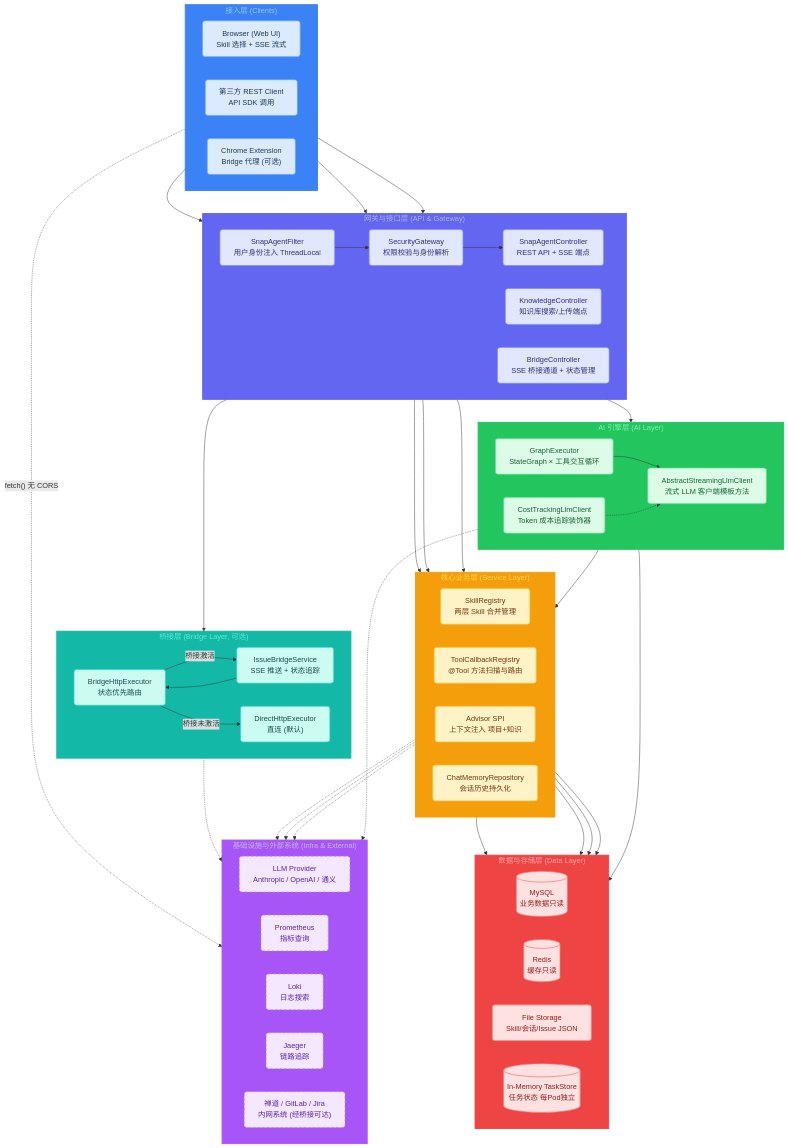
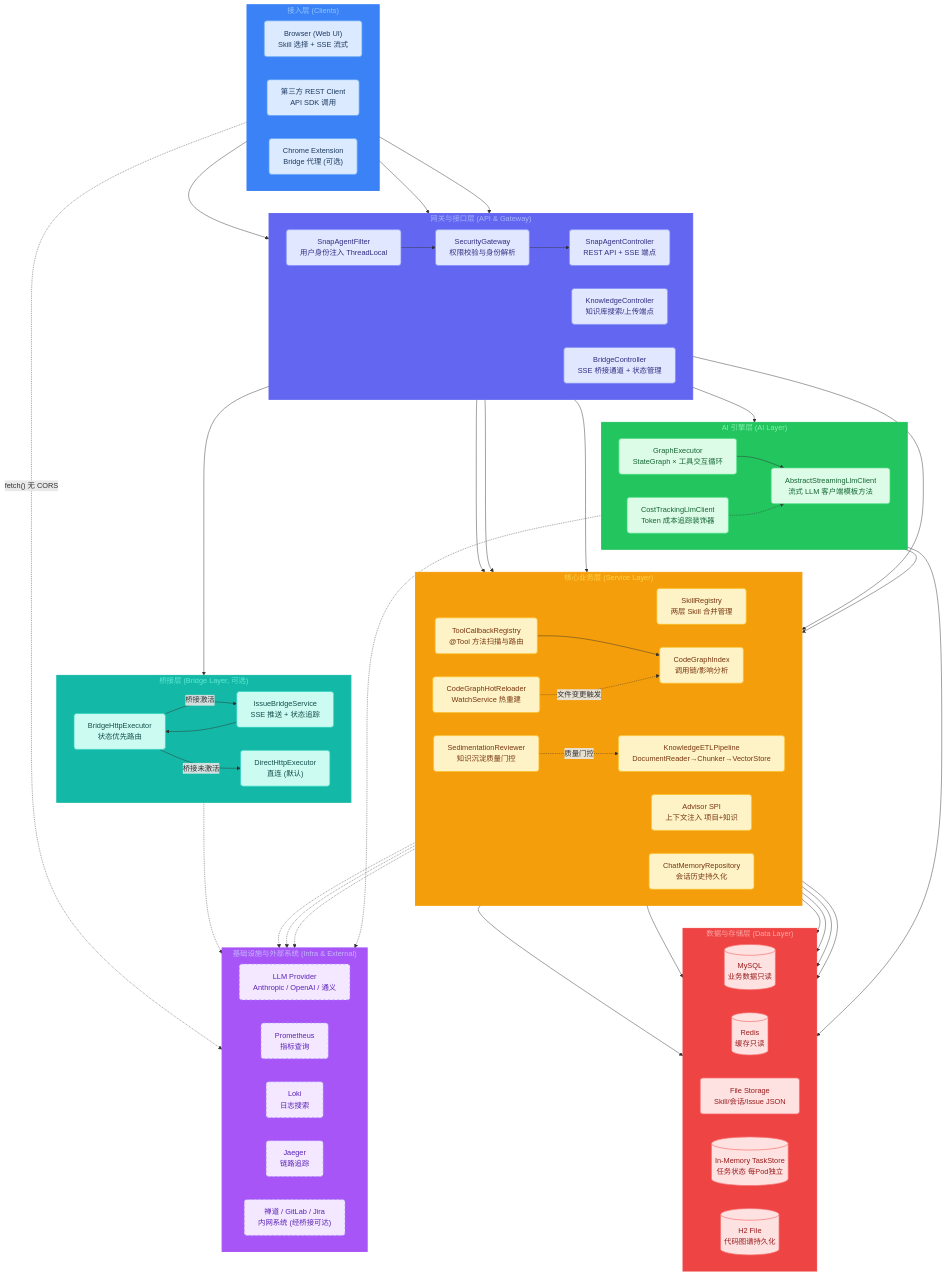
The diagram in docs/site/architecture/system-architecture.mmd (watson-song/snap-agent), drawn with Mermaid before and after one commit. The commit also changed 93 other files, not shown here.

```diff
--- a/docs/site/architecture/system-architecture.mmd
+++ b/docs/site/architecture/system-architecture.mmd
@@ -1,118 +1,129 @@
 graph TD
     %% ===== Glassmorphism Node Classes (Tailwind pastels, semi-transparent) =====
     classDef client fill:#dbeafe,stroke:#60a5fa,stroke-width:1.5px,color:#1e3a5f,rx:6px,ry:6px
     classDef api fill:#e0e7ff,stroke:#818cf8,stroke-width:1.5px,color:#312e81,rx:6px,ry:6px
     classDef service fill:#fef3c7,stroke:#fbbf24,stroke-width:1.5px,color:#78350f,rx:6px,ry:6px
     classDef ai fill:#dcfce7,stroke:#4ade80,stroke-width:1.5px,color:#166534,rx:6px,ry:6px
     classDef storage fill:#fee2e2,stroke:#f87171,stroke-width:1.5px,color:#991b1b,rx:6px,ry:6px
     classDef external fill:#f3e8ff,stroke:#a78bfa,stroke-width:1.5px,stroke-dasharray: 5 5,color:#5b21b6,rx:6px,ry:6px
     classDef bridge fill:#ccfbf1,stroke:#2dd4bf,stroke-width:1.5px,color:#134e4a,rx:6px,ry:6px
 
     %% ===== L1 接入层 =====
     subgraph Client ["接入层 (Clients)"]
         direction LR
         A1["Browser (Web UI)<br/>Skill 选择 + SSE 流式"]
         A2["第三方 REST Client<br/>API SDK 调用"]
         A3["Chrome Extension<br/>Bridge 代理 (可选)"]
     end
 
     %% ===== L2 网关与接口层 =====
     subgraph Gateway ["网关与接口层 (API & Gateway)"]
         direction LR
         B1["SnapAgentFilter<br/>用户身份注入 ThreadLocal"]
         B2["SecurityGateway<br/>权限校验与身份解析"]
         B3["SnapAgentController<br/>REST API + SSE 端点"]
         B4["KnowledgeController<br/>知识库搜索/上传端点"]
         B5["BridgeController<br/>SSE 桥接通道 + 状态管理"]
     end
 
     %% ===== L2.5 桥接层 (可选) =====
     subgraph BridgeLayer ["桥接层 (Bridge Layer, 可选)"]
         direction LR
         BR1["BridgeHttpExecutor<br/>状态优先路由"]
         BR2["DirectHttpExecutor<br/>直连 (默认)"]
         BR3["IssueBridgeService<br/>SSE 推送 + 状态追踪"]
     end
 
     %% ===== L3 核心业务层 =====
     subgraph Service ["核心业务层 (Service Layer)"]
         direction LR
         C1["SkillRegistry<br/>两层 Skill 合并管理"]
         C2["ToolCallbackRegistry<br/>@Tool 方法扫描与路由"]
         C3["Advisor SPI<br/>上下文注入 项目+知识"]
         C4["ChatMemoryRepository<br/>会话历史持久化"]
+        C5["CodeGraphIndex<br/>调用链/影响分析"]
+        C6["CodeGraphHotReloader<br/>WatchService 热重建"]
+        C7["KnowledgeETLPipeline<br/>DocumentReader→Chunker→VectorStore"]
+        C8["SedimentationReviewer<br/>知识沉淀质量门控"]
     end
 
     %% ===== L4 AI 引擎层 =====
     subgraph AI ["AI 引擎层 (AI Layer)"]
         direction LR
         D1["GraphExecutor<br/>StateGraph × 工具交互循环"]
         D2["AbstractStreamingLlmClient<br/>流式 LLM 客户端模板方法"]
         D3["CostTrackingLlmClient<br/>Token 成本追踪装饰器"]
     end
 
     %% ===== L5 数据与存储层 =====
     subgraph Data ["数据与存储层 (Data Layer)"]
         direction LR
         E1[("MySQL<br/>业务数据只读")]
         E2[("Redis<br/>缓存只读")]
         E3["File Storage<br/>Skill/会话/Issue JSON"]
         E4[("In-Memory TaskStore<br/>任务状态 每Pod独立")]
+        E5[("H2 File<br/>代码图谱持久化")]
     end
 
     %% ===== L6 基础设施与外部系统 =====
     subgraph Infra ["基础设施与外部系统 (Infra & External)"]
         direction LR
         F1["LLM Provider<br/>Anthropic / OpenAI / 通义"]
         F2["Prometheus<br/>指标查询"]
         F3["Loki<br/>日志搜索"]
         F4["Jaeger<br/>链路追踪"]
         F5["禅道 / GitLab / Jira<br/>内网系统 (经桥接可达)"]
     end
 
     %% ===== 连线规范：实线=同步调用，虚线=异步/跨层 =====
     A1 --> B3
     A2 --> B3
     A1 --> B5
     A3 -.->|"fetch() 无 CORS"| F5
     B1 --> B2
     B2 --> B3
     B3 --> D1
     B3 --> C1
     B3 --> C4
     B4 --> C3
     B5 --> BR3
     BR3 --> BR1
     BR1 -->|"桥接激活"| BR3
     BR1 -->|"桥接未激活"| BR2
     D1 --> C2
     D1 --> D2
     D3 -.-> D2
     D2 -.-> F1
     C2 --> E1
     C2 --> E2
     C1 --> E3
     C4 --> E3
     D1 --> E4
     C2 -.-> F2
     C2 -.-> F3
     C2 -.-> F4
     BR2 -.-> F5
+    C2 --> C5
+    C5 --> E5
+    C6 -.->|"文件变更触发"| C5
+    B4 --> C7
+    C7 --> E3
+    C8 -.->|"质量门控"| C7
 
     %% ===== Glass Layer Styles (distinct transparent glass per layer) =====
     style Client fill:#3b82f6,stroke:#3b82f6,stroke-width:2px,color:#93c5fd
     style Gateway fill:#6366f1,stroke:#6366f1,stroke-width:2px,color:#a5b4fc
     style BridgeLayer fill:#14b8a6,stroke:#14b8a6,stroke-width:2px,color:#5eead4
     style Service fill:#f59e0b,stroke:#f59e0b,stroke-width:2px,color:#fcd34d
     style AI fill:#22c55e,stroke:#22c55e,stroke-width:2px,color:#86efac
     style Data fill:#ef4444,stroke:#ef4444,stroke-width:2px,color:#fca5a5
     style Infra fill:#a855f7,stroke:#a855f7,stroke-width:2px,color:#c4b5fd
 
     %% ===== 应用颜色类 =====
     class A1,A2,A3 client
     class B1,B2,B3,B4,B5 api
     class BR1,BR2,BR3 bridge
-    class C1,C2,C3,C4 service
+    class C1,C2,C3,C4,C5,C6,C7,C8 service
     class D1,D2,D3 ai
-    class E1,E2,E3,E4 storage
+    class E1,E2,E3,E4,E5 storage
     class F1,F2,F3,F4,F5 external
```
